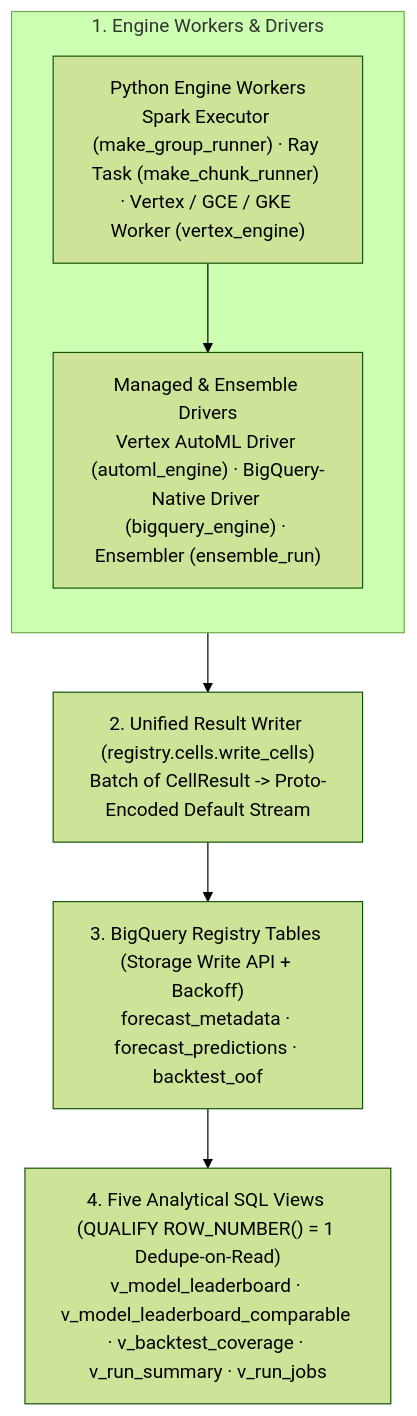
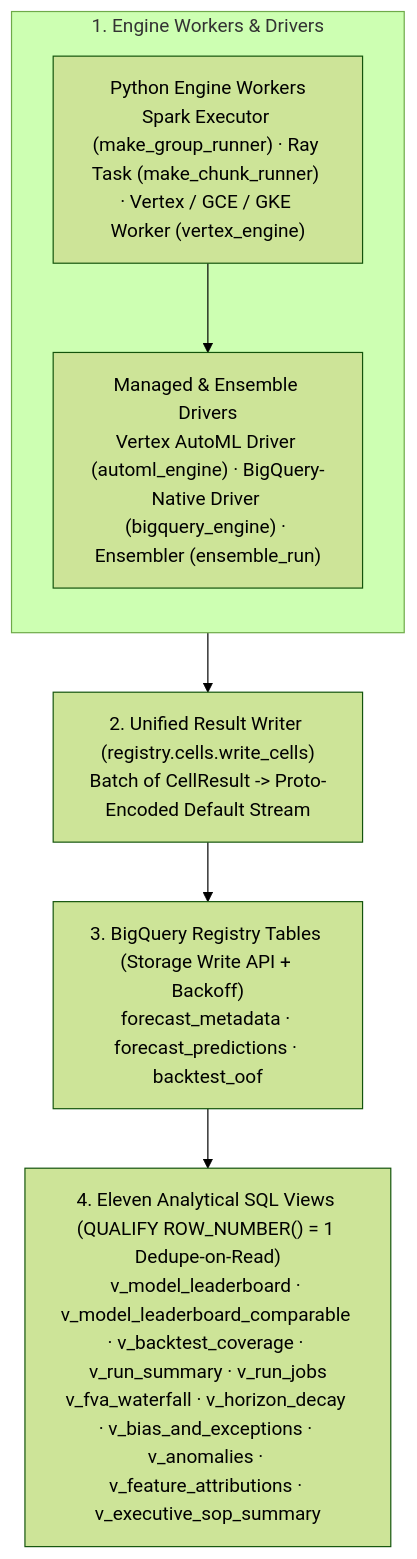
Before and after one commit to statmike/scale-forecasting: the diagram in docs/writing_results.md, drawn with Mermaid (forest theme). The commit also changed 92 other files, not shown here.

````diff
--- a/docs/writing_results.md
+++ b/docs/writing_results.md
@@ -10,14 +10,14 @@
 ```mermaid
 flowchart TD
     subgraph Writers["1. Engine Workers & Drivers"]
         direction TB
         W_PY["Python Engine Workers<br/>Spark Executor (make_group_runner) · Ray Task (make_chunk_runner) · Vertex / GCE / GKE Worker (vertex_engine)"]
         W_DRV["Managed & Ensemble Drivers<br/>Vertex AutoML Driver (automl_engine) · BigQuery-Native Driver (bigquery_engine) · Ensembler (ensemble_run)"]
         W_PY --> W_DRV
     end
     Cells["2. Unified Result Writer (registry.cells.write_cells)<br/>Batch of CellResult -> Proto-Encoded Default Stream"]
     Tables["3. BigQuery Registry Tables (Storage Write API + Backoff)<br/>forecast_metadata · forecast_predictions · backtest_oof"]
-    Views["4. Five Analytical SQL Views (QUALIFY ROW_NUMBER() = 1 Dedupe-on-Read)<br/>v_model_leaderboard · v_model_leaderboard_comparable · v_backtest_coverage · v_run_summary · v_run_jobs"]
+    Views["4. Eleven Analytical SQL Views (QUALIFY ROW_NUMBER() = 1 Dedupe-on-Read)<br/>v_model_leaderboard · v_model_leaderboard_comparable · v_backtest_coverage · v_run_summary · v_run_jobs<br/>v_fva_waterfall · v_horizon_decay · v_bias_and_exceptions · v_anomalies · v_feature_attributions · v_executive_sop_summary"]
 
     Writers --> Cells --> Tables --> Views
 ```
````
